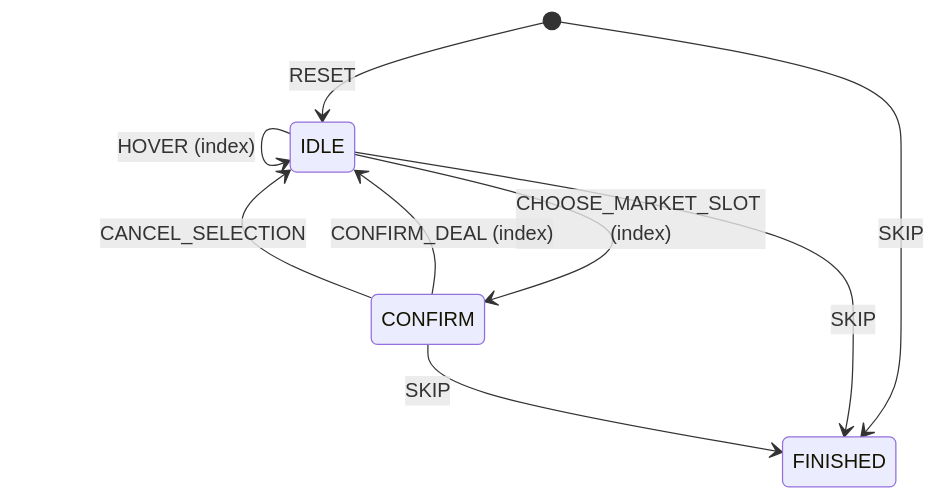
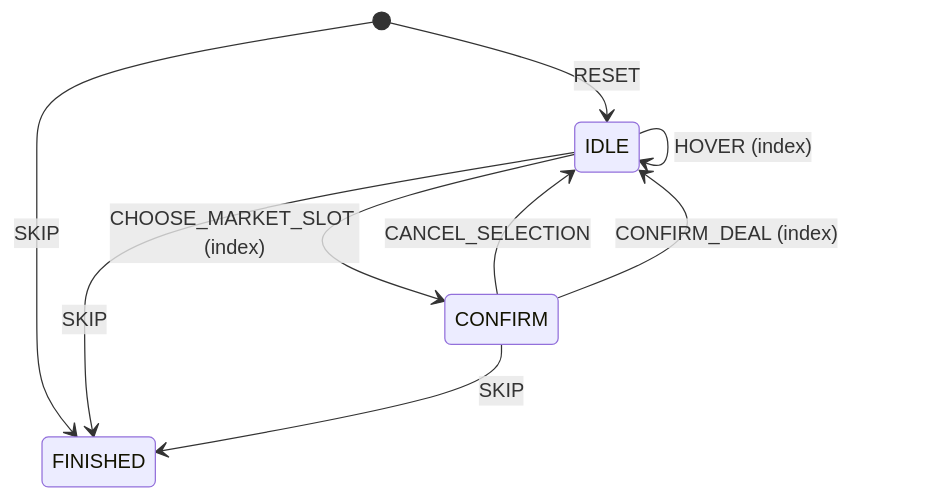
The first of 4 diagrams in docs/diagrams.md (tfcp68/battle-farm), drawn with Mermaid before and after one commit. The commit also changed other lines of this file and 4 other files, not shown here.

````diff
--- a/docs/diagrams.md
+++ b/docs/diagrams.md
@@ -26,11 +9,11 @@
 ```mermaid
 stateDiagram-v2
-[*] --> IDLE: RESET
 [*] --> FINISHED: SKIP
+IDLE --> FINISHED: SKIP
+CONFIRM --> FINISHED: SKIP
+CONFIRM --> IDLE: CANCEL_SELECTION
+CONFIRM --> IDLE: CONFIRM_DEAL (index)
 IDLE --> IDLE: HOVER (index)
 IDLE --> CONFIRM: CHOOSE_MARKET_SLOT (index)
-CONFIRM --> IDLE: CONFIRM_DEAL (index)
-CONFIRM --> IDLE: CANCEL_SELECTION
-IDLE --> FINISHED: SKIP
-CONFIRM --> FINISHED: SKIP
+[*] --> IDLE: RESET
 ```
````
